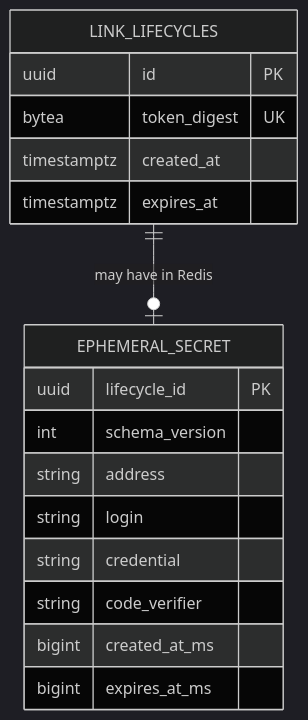
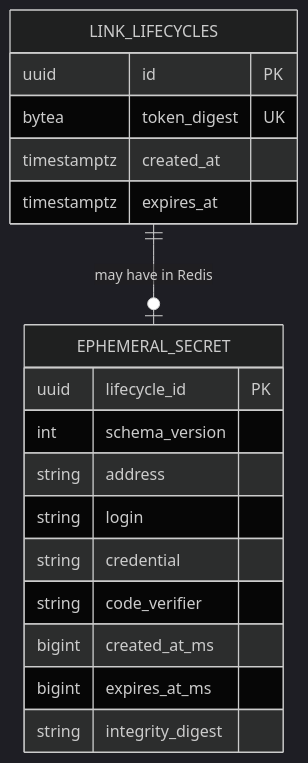
The diagram in docs/features/short-live-path/data-model.md (AlexandrBursak/shortLivePath), drawn with Mermaid (dark theme) before and after one commit. The commit also changed other lines of this file and 174 other files, not shown here.

````diff
--- a/docs/features/short-live-path/data-model.md
+++ b/docs/features/short-live-path/data-model.md
@@ -23,20 +23,21 @@
 ```mermaid
 erDiagram
     LINK_LIFECYCLES {
         uuid id PK
         bytea token_digest UK
         timestamptz created_at
         timestamptz expires_at
     }
     EPHEMERAL_SECRET {
         uuid lifecycle_id PK
         int schema_version
         string address
         string login
         string credential
         string code_verifier
         bigint created_at_ms
         bigint expires_at_ms
+        string integrity_digest
     }
     LINK_LIFECYCLES ||--o| EPHEMERAL_SECRET : "may have in Redis"
 ```
````
